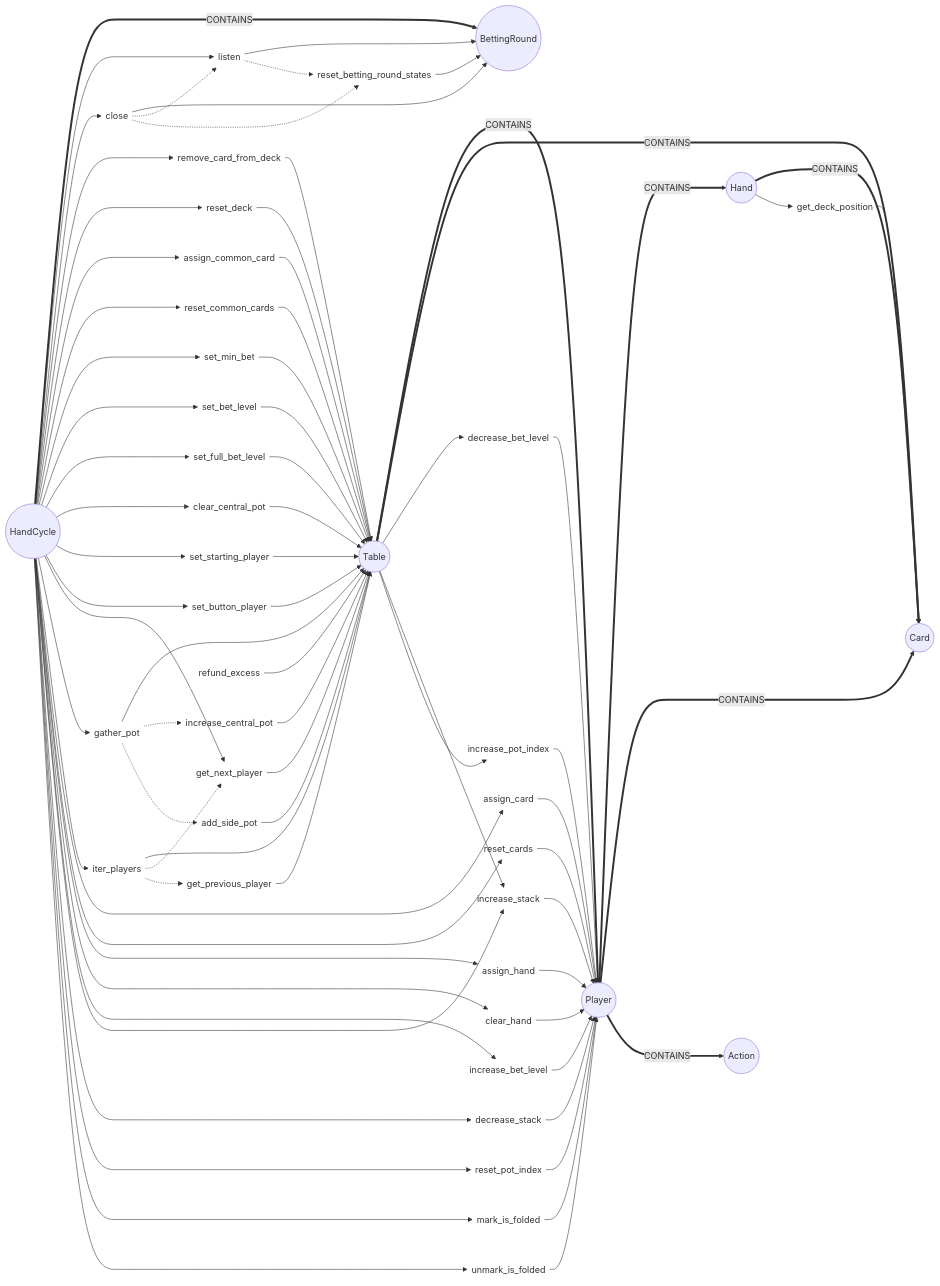
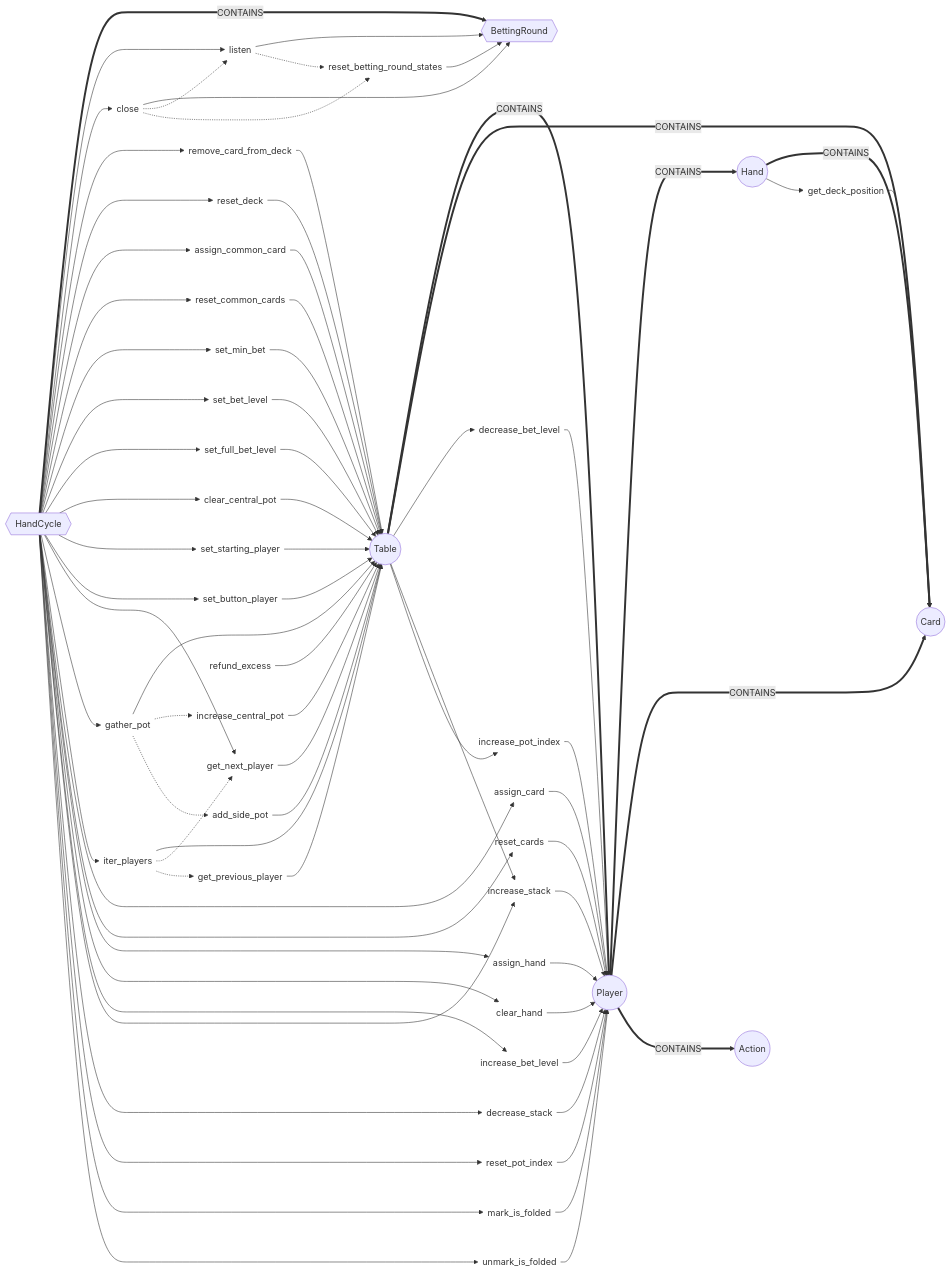
One commit to jorsaland/pokerpy changed the third of 4 diagrams in MODEL.md. Above: the diagram before and after it, drawn with Mermaid. The commit also changed other lines of this file, not shown here.

```diff
--- a/MODEL.md
+++ b/MODEL.md
@@ -249,13 +267,14 @@
 
     %% Classes
 
-    HC(HandCycle)@{ shape: circle }
-    BR(BettingRound)@{ shape: circle }
+    HC(HandCycle)@{ shape: hex }
+    BR(BettingRound)@{ shape: hex }
+
     T(Table)@{ shape: circle }
     P(Player)@{ shape: circle }
     H(Hand)@{ shape: circle }
     Cd(Card)@{ shape: circle }
-    A(Action)@{ shape: circle }
+    Ac(Action)@{ shape: circle }
 
 
     %% Container relations
@@ -265,7 +284,7 @@
     T ===> |CONTAINS| Cd
     P ===> |CONTAINS| H
     P ===> |CONTAINS| Cd
-    P ===> |CONTAINS| A
+    P ===> |CONTAINS| Ac
     H ===> |CONTAINS| Cd
 
 
```
